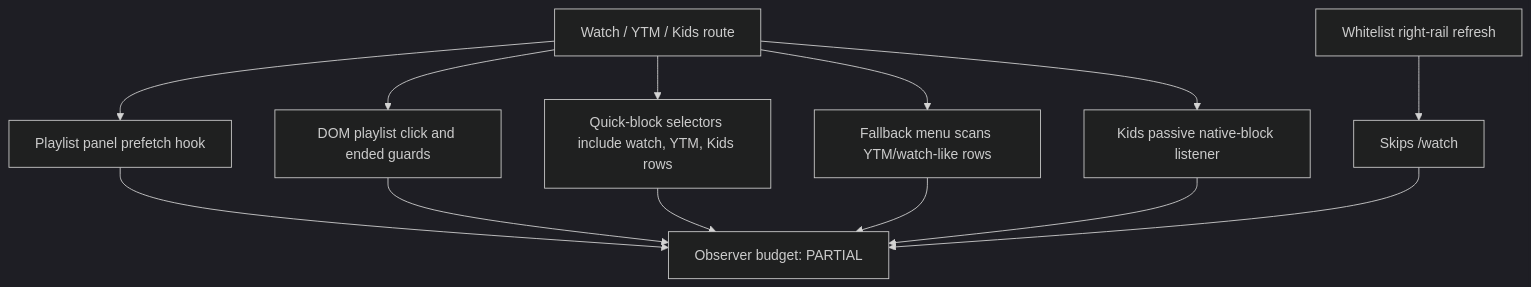
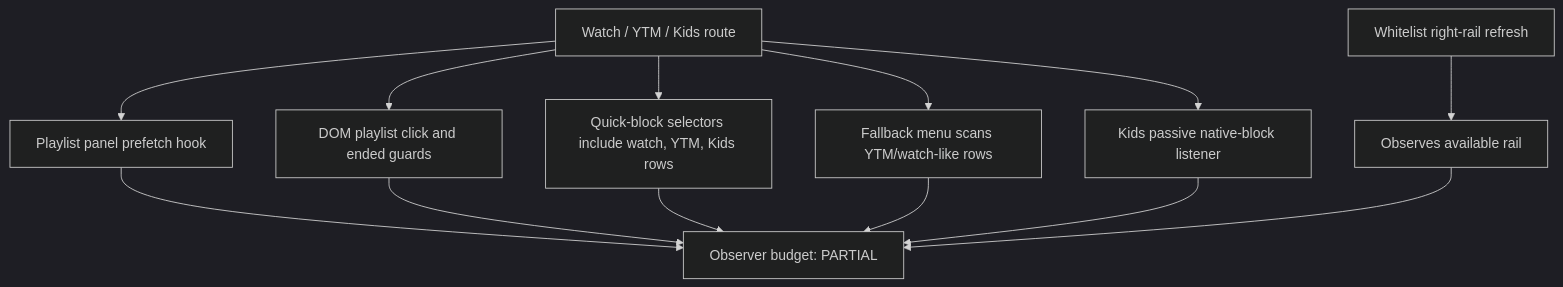
One commit to varshneydevansh/FilterTube changed diagram 45 of 47 in docs/audit/FILTERTUBE_LIFECYCLE_INSTANCE_REGISTER_2026-05-18.md. Above: the diagram before and after it, drawn with Mermaid (dark theme). The commit also changed other lines of this file and 698 other files, not shown here.

````diff
--- a/docs/audit/FILTERTUBE_LIFECYCLE_INSTANCE_REGISTER_2026-05-18.md
+++ b/docs/audit/FILTERTUBE_LIFECYCLE_INSTANCE_REGISTER_2026-05-18.md
@@ -4236,15 +4236,15 @@
 ```mermaid
 flowchart TD
   A["Watch / YTM / Kids route"] --> B["Playlist panel prefetch hook"]
   A --> C["DOM playlist click and ended guards"]
   A --> D["Quick-block selectors include watch, YTM, Kids rows"]
   A --> E["Fallback menu scans YTM/watch-like rows"]
   A --> F["Kids passive native-block listener"]
   B --> G["Observer budget: PARTIAL"]
   C --> G
   D --> G
   E --> G
   F --> G
-  H["Whitelist right-rail refresh"] --> I["Skips /watch"]
+  H["Whitelist right-rail refresh"] --> I["Observes available rail"]
   I --> G
 ```
````
